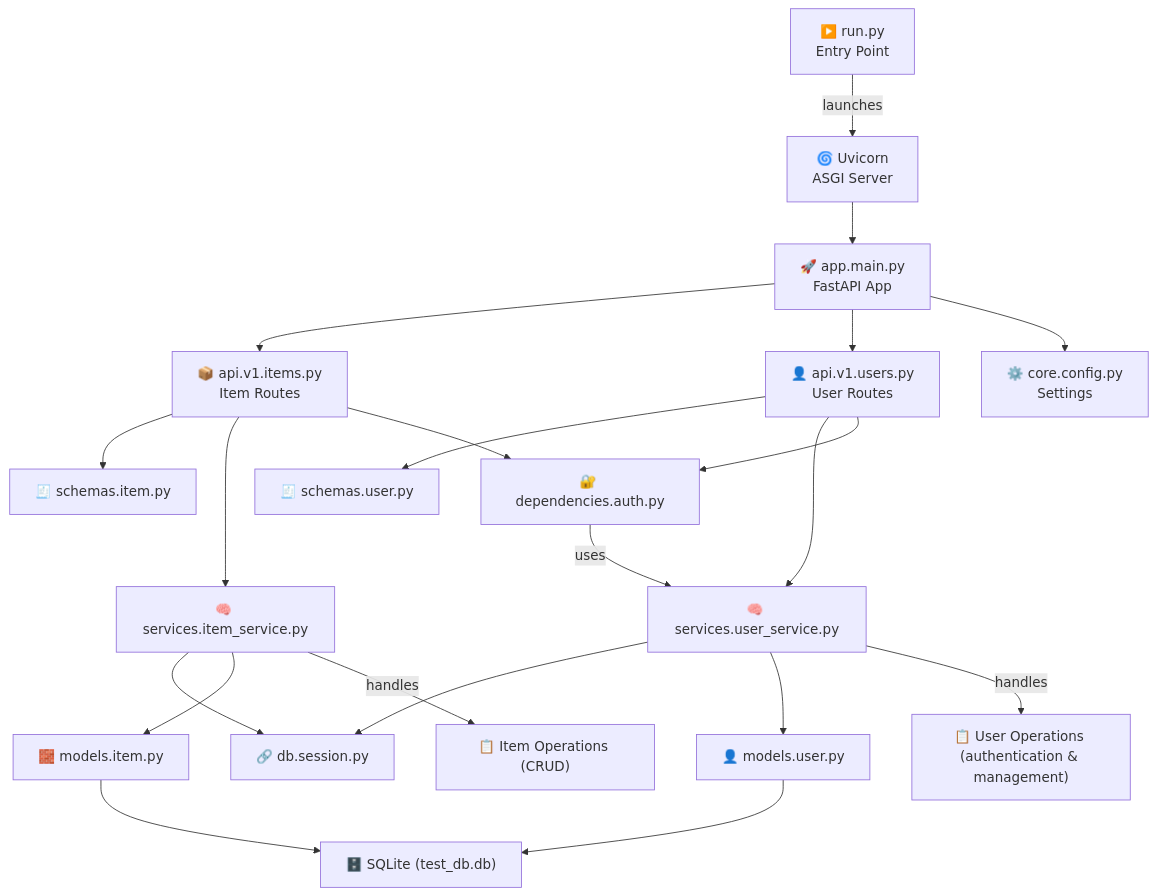
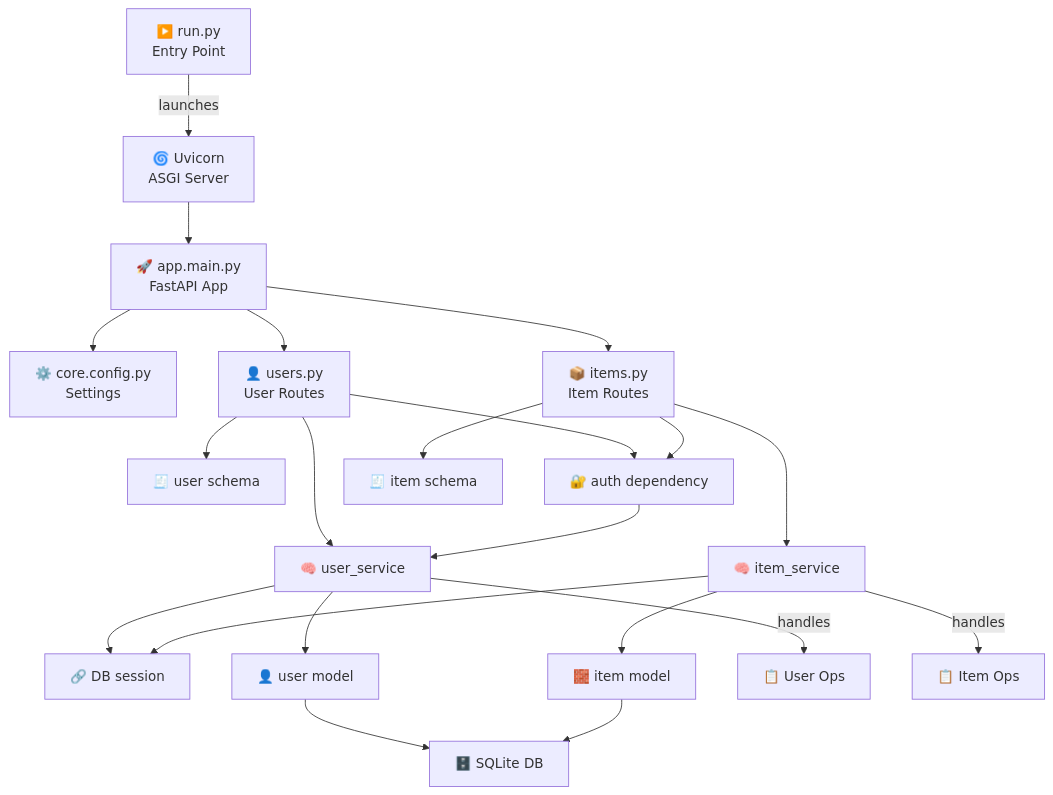
The first of 2 diagrams in README.md (berserkhmdvhb/fastapi-template-dev), drawn with Mermaid before and after one commit.

````diff
--- a/README.md
+++ b/README.md
@@ -52,34 +52,38 @@
 ```mermaid
 graph TD
+    %% Entry Point
     Run["▶️ run.py<br/>Entry Point"] -->|launches| Uvicorn["🌀 Uvicorn<br/>ASGI Server"]
     Uvicorn --> AppMain["🚀 app.main.py<br/>FastAPI App"]
 
-    %% App Layer
-    AppMain --> ItemRouter["📦 api.v1.items.py<br/>Item Routes"]
-    AppMain --> UserRouter["👤 api.v1.users.py<br/>User Routes"]
+    %% App Layer - routes and config
     AppMain --> Settings["⚙️ core.config.py<br/>Settings"]
+    AppMain --> UserRouter["👤 users.py<br/>User Routes"]
+    AppMain --> ItemRouter["📦 items.py<br/>Item Routes"]
 
-    %% Routers
-    ItemRouter --> ItemSchemas["🧾 schemas.item.py"]
-    ItemRouter --> ItemService["🧠 services.item_service.py"]
-    ItemRouter --> Auth["🔐 dependencies.auth.py"]
+    %% Routers to Dependencies & Services
+    UserRouter --> UserSchemas["🧾 user schema"]
+    UserRouter --> UserService["🧠 user_service"]
+    UserRouter --> Auth["🔐 auth dependency"]
 
-    UserRouter --> UserSchemas["🧾 schemas.user.py"]
-    UserRouter --> UserService["🧠 services.user_service.py"]
-    UserRouter --> Auth
+    ItemRouter --> ItemSchemas["🧾 item schema"]
+    ItemRouter --> ItemService["🧠 item_service"]
+    ItemRouter --> Auth
 
-    %% Services to DB
-    ItemService --> Session["🔗 db.session.py"]
-    UserService --> Session
+    %% Auth and its service
+    Auth --> UserService
 
-    ItemService --> ItemModel["🧱 models.item.py"]
-    UserService --> UserModel["👤 models.user.py"]
+    %% Services to DB session and models
+    UserService --> Session["🔗 DB session"]
+    ItemService --> Session
 
-    ItemModel --> DB["🗄️ SQLite (test_db.db)"]
-    UserModel --> DB
+    UserService --> UserModel["👤 user model"]
+    ItemService --> ItemModel["🧱 item model"]
 
-    %% Abstract service calls
-    Auth -->|uses| UserService["🧠 services.user_service.py"]
-    UserService -->|handles| UserOperations["📋 User Operations (authentication & management)"]
-    ItemService -->|handles| ItemOperations["📋 Item Operations (CRUD)"]
+    %% DB
+    UserModel --> DB["🗄️ SQLite DB"]
+    ItemModel --> DB
+
+    %% Abstract Logic Layer
+    UserService -->|handles| UserOps["📋 User Ops"]
+    ItemService -->|handles| ItemOps["📋 Item Ops"]
 ```
````
